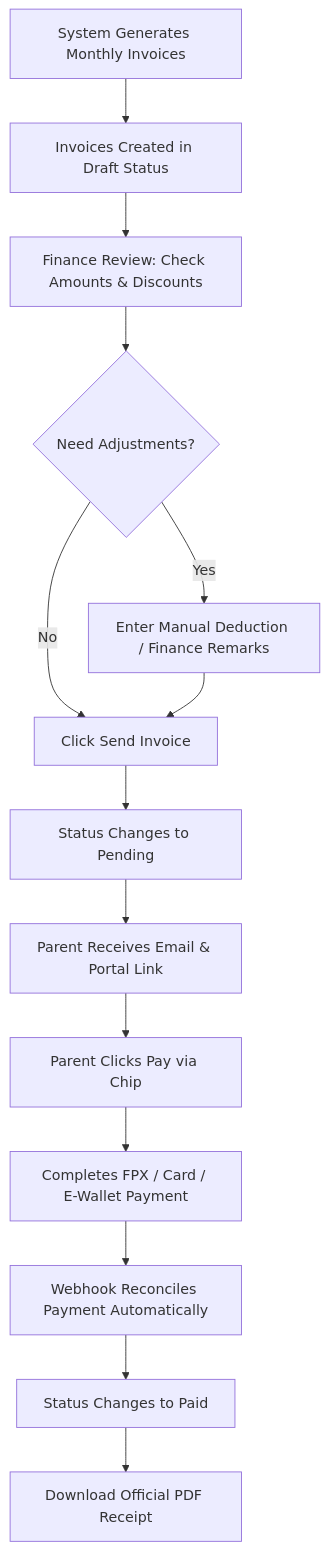
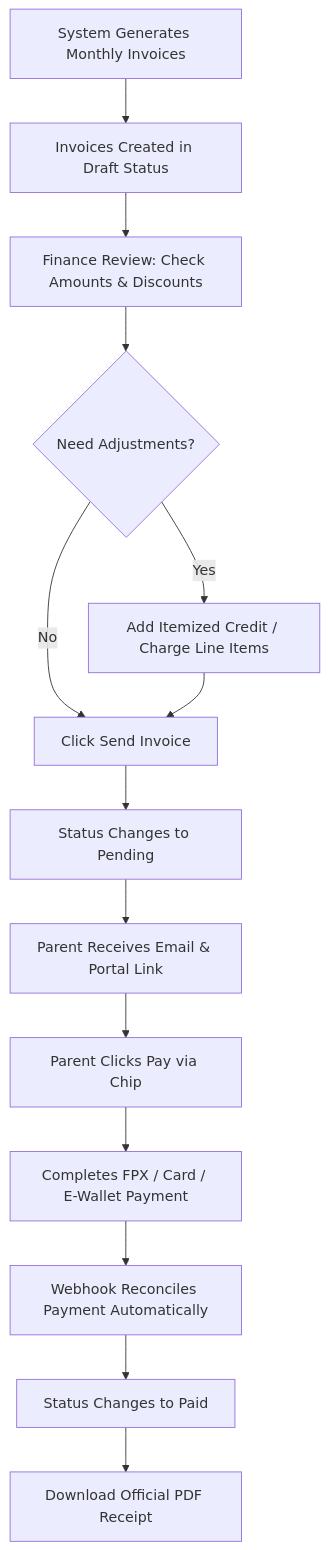
One commit to salehuddin/Xchess-Academy-OS changed the diagram in docs/workflows/03-billing-and-payments.md. Above: the diagram before and after it, drawn with Mermaid. The commit also changed other lines of this file and 19 other files, not shown here.

First line of the commit message:
Add itemized invoice adjustments and carry-forward refund/charge flow

````diff
--- a/docs/workflows/03-billing-and-payments.md
+++ b/docs/workflows/03-billing-and-payments.md
@@ -9,16 +9,16 @@
 ```mermaid
 graph TD
     A[System Generates Monthly Invoices] --> B[Invoices Created in Draft Status]
     B --> C[Finance Review: Check Amounts & Discounts]
     C --> D{Need Adjustments?}
-    D -->|Yes| E[Enter Manual Deduction / Finance Remarks]
+    D -->|Yes| E[Add Itemized Credit / Charge Line Items]
     D -->|No| F[Click Send Invoice]
     E --> F
     F --> G[Status Changes to Pending]
     G --> H[Parent Receives Email & Portal Link]
     H --> I[Parent Clicks Pay via Chip]
     I --> J[Completes FPX / Card / E-Wallet Payment]
     J --> K[Webhook Reconciles Payment Automatically]
     K --> L[Status Changes to Paid]
     L --> M[Download Official PDF Receipt]
 ```
````
